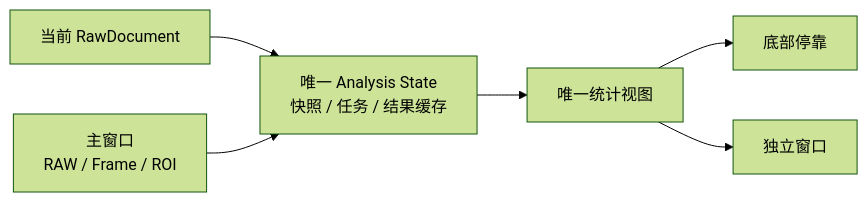
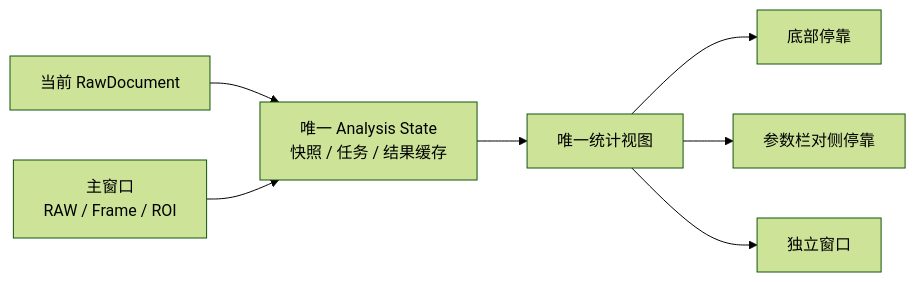
The fourth of 5 diagrams in docs/IMAGE_STATISTICS.md (woooooooooolf/eRAW), drawn with Mermaid (forest theme) before and after one commit. The commit also changed other lines of this file and 18 other files, not shown here.

Commit message:
功能：扩展统计图表与停靠交互

````diff
--- a/docs/IMAGE_STATISTICS.md
+++ b/docs/IMAGE_STATISTICS.md
@@ -356,15 +356,17 @@
 ```mermaid
 flowchart LR
     DOC["当前 RawDocument"]
     STATE["唯一 Analysis State<br/>快照 / 任务 / 结果缓存"]
     MAIN["主窗口<br/>RAW / Frame / ROI"]
     VIEW["唯一统计视图"]
     DOCK["底部停靠"]
+    SIDE["参数栏对侧停靠"]
     POP["独立窗口"]
 
     DOC --> STATE
     MAIN --> STATE
     STATE --> VIEW
     VIEW --> DOCK
+    VIEW --> SIDE
     VIEW --> POP
 ```
````
